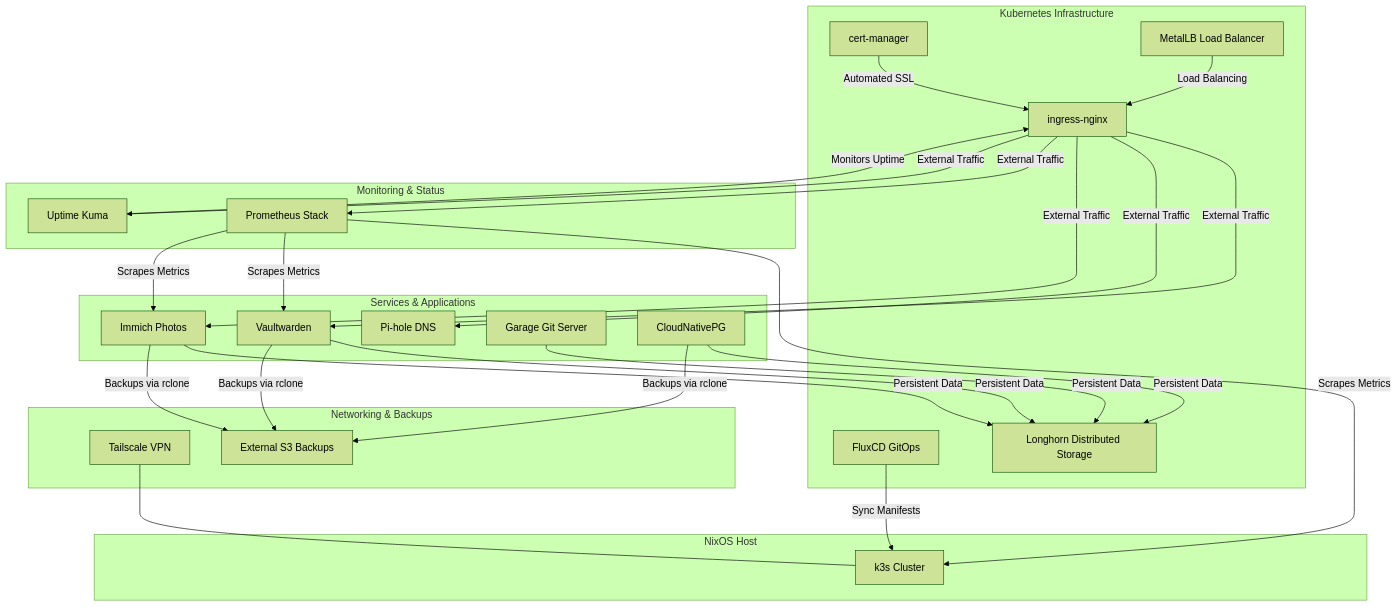
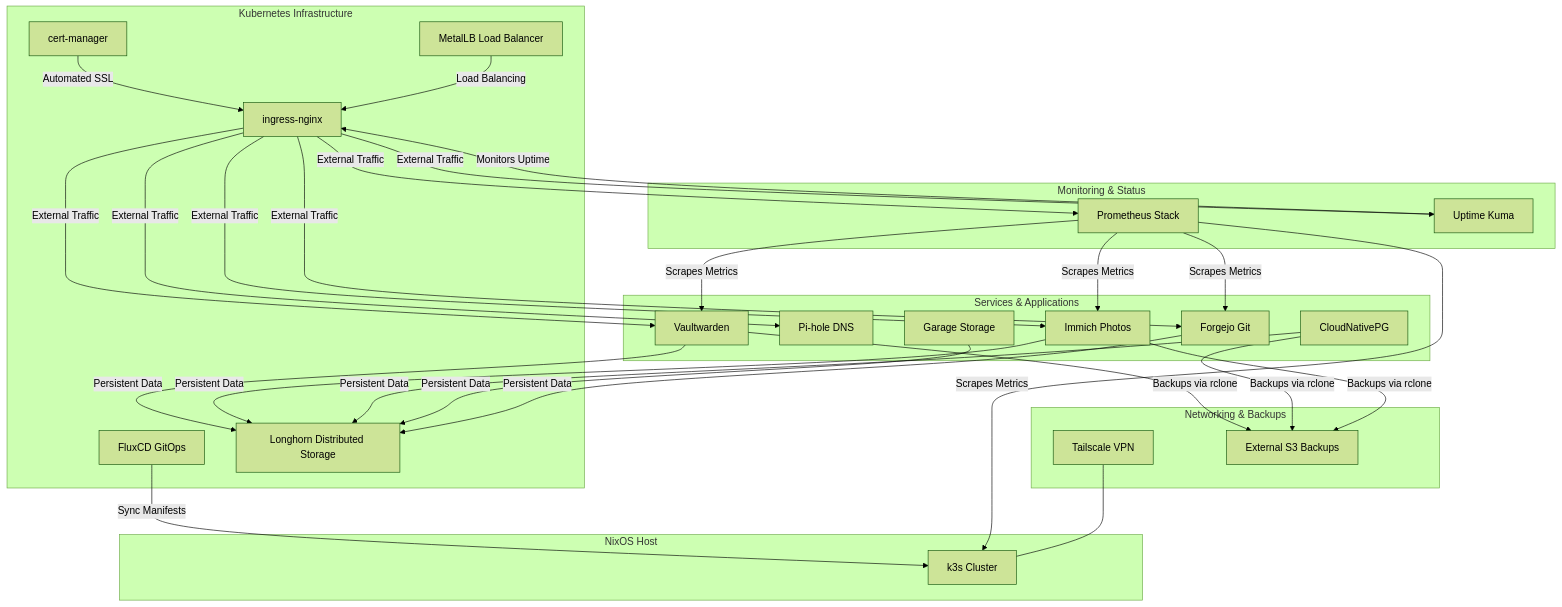
One commit to depaysement-jikan/nixos-depaysement changed the diagram in modules/homelab/README.md. Above: the diagram before and after it, drawn with Mermaid (forest theme). The commit also changed other lines of this file and 4 other files, not shown here.

````diff
--- a/modules/homelab/README.md
+++ b/modules/homelab/README.md
@@ -11,43 +11,44 @@
 ```mermaid
 graph TD
     subgraph "NixOS Host"
         K3S[k3s Cluster]
     end
 
     subgraph "Kubernetes Infrastructure"
         Flux[FluxCD GitOps]
         CertMan[cert-manager]
         MetalLB[MetalLB Load Balancer]
         Ingress[ingress-nginx]
         Longhorn[Longhorn Distributed Storage]
     end
 
     subgraph "Services & Applications"
         Vault[Vaultwarden]
         PiHole[Pi-hole DNS]
         Immich[Immich Photos]
-        Garage[Garage Git Server]
+        Garage[Garage Storage]
+        Forgejo[Forgejo Git]
         DB[CloudNativePG]
     end
 
     subgraph "Monitoring & Status"
         PromStack[Prometheus Stack]
         Kuma[Uptime Kuma]
     end
 
     subgraph "Networking & Backups"
         Tailscale[Tailscale VPN]
         S3[External S3 Backups]
     end
 
     %% Relationships
     Flux -->|Sync Manifests| K3S
-    Ingress -->|External Traffic| Vault & PiHole & Immich & PromStack & Kuma
+    Ingress -->|External Traffic| Vault & PiHole & Immich & PromStack & Kuma & Forgejo
     CertMan -->|Automated SSL| Ingress
     MetalLB -->|Load Balancing| Ingress
-    Vault & Immich & DB & Garage -->|Persistent Data| Longhorn
-    PromStack -->|Scrapes Metrics| K3S & Vault & Immich
+    Vault & Immich & DB & Garage & Forgejo -->|Persistent Data| Longhorn
+    PromStack -->|Scrapes Metrics| K3S & Vault & Immich & Forgejo
     Kuma -->|Monitors Uptime| Ingress
     Tailscale --- K3S
     Vault & DB & Immich -->|Backups via rclone| S3
 ```
````
